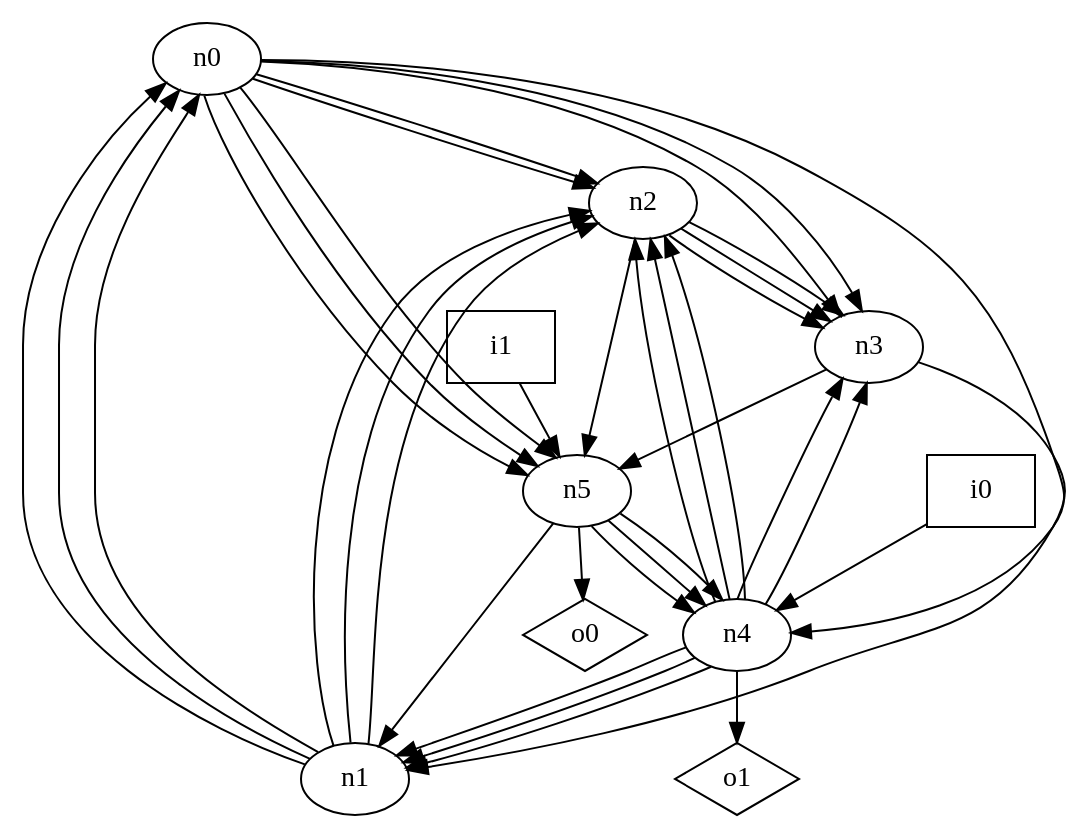
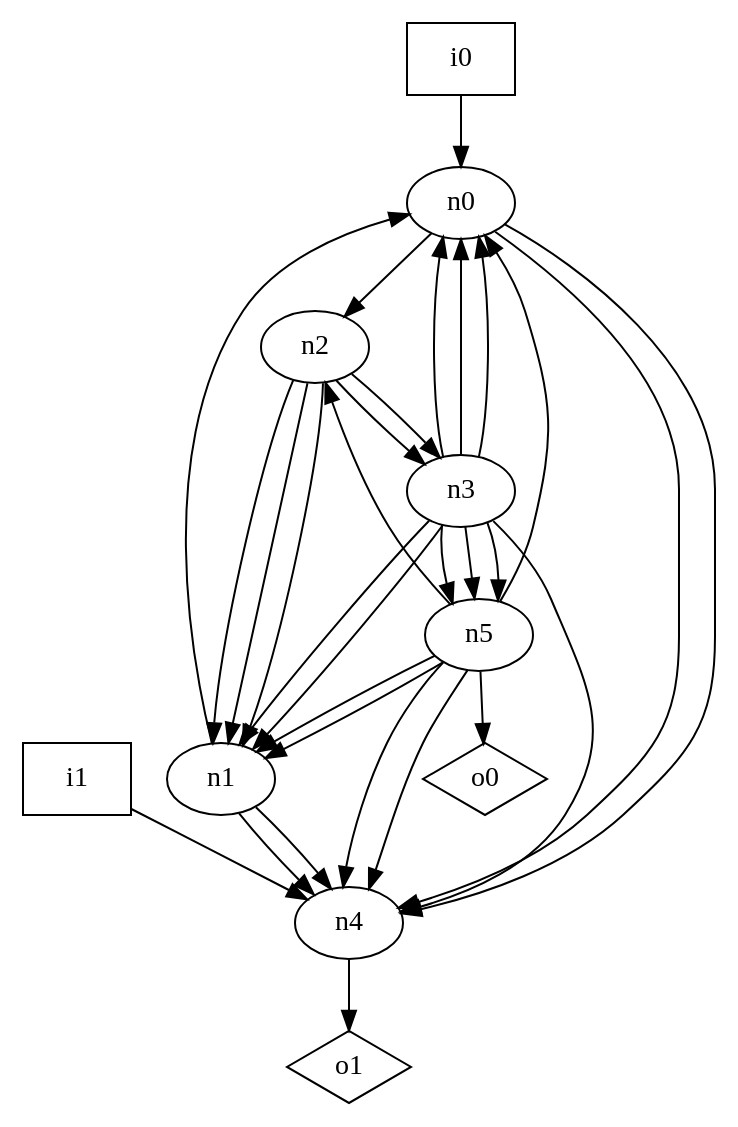
One commit to p9romain/bool-circuits changed the diagram in dot_files/random/random_oriented_loop_free_graph.dot. Above: the diagram before and after it, drawn with Graphviz. The commit also changed 31 other files, not shown here.

```diff
--- a/dot_files/random/random_oriented_loop_free_graph.dot
+++ b/dot_files/random/random_oriented_loop_free_graph.dot
@@ -1,48 +1,42 @@
 digraph G {
 n0 [label="n0"];
 n1 [label="n1"];
 n2 [label="n2"];
 n3 [label="n3"];
 n4 [label="n4"];
 n5 [label="n5"];
 n6 [label="i0",shape="box"];
 n7 [label="i1",shape="box"];
 n8 [label="o0",shape="diamond"];
 n9 [label="o1",shape="diamond"];
 n0 -> n2
-n0 -> n2
-n0 -> n3
-n0 -> n3
 n0 -> n4
-n0 -> n5
-n0 -> n5
-n0 -> n5
+n0 -> n4
 n1 -> n0
-n1 -> n0
-n1 -> n0
-n1 -> n2
-n1 -> n2
-n1 -> n2
+n1 -> n4
+n1 -> n4
+n2 -> n1
+n2 -> n1
+n2 -> n1
 n2 -> n3
 n2 -> n3
-n2 -> n3
-n2 -> n5
+n3 -> n0
+n3 -> n0
+n3 -> n0
 n3 -> n1
+n3 -> n1
+n3 -> n4
 n3 -> n5
-n4 -> n1
-n4 -> n1
-n4 -> n1
-n4 -> n2
-n4 -> n2
-n4 -> n2
-n4 -> n3
-n4 -> n3
+n3 -> n5
+n3 -> n5
 n4 -> n9
+n5 -> n0
 n5 -> n1
-n5 -> n4
+n5 -> n1
+n5 -> n2
 n5 -> n4
 n5 -> n4
 n5 -> n8
-n6 -> n4
-n7 -> n5
+n6 -> n0
+n7 -> n4
 }
```
